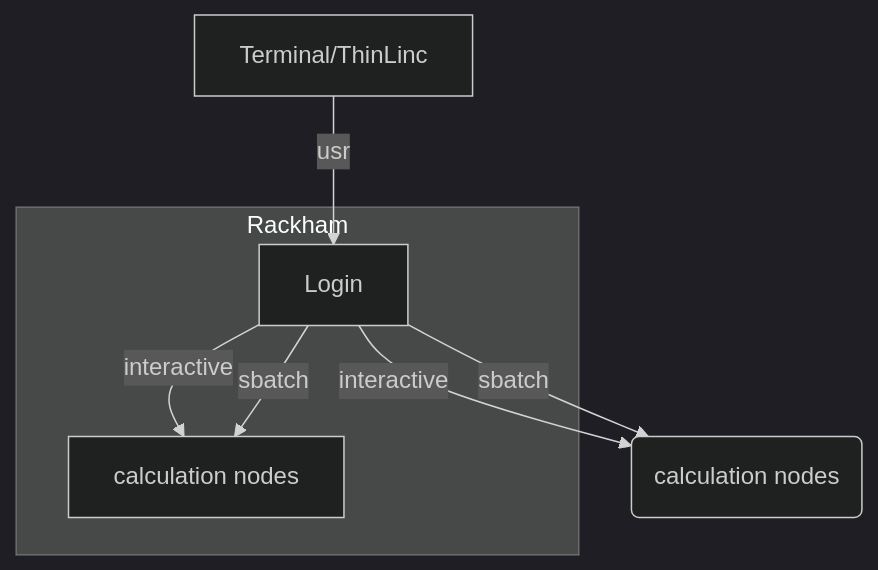
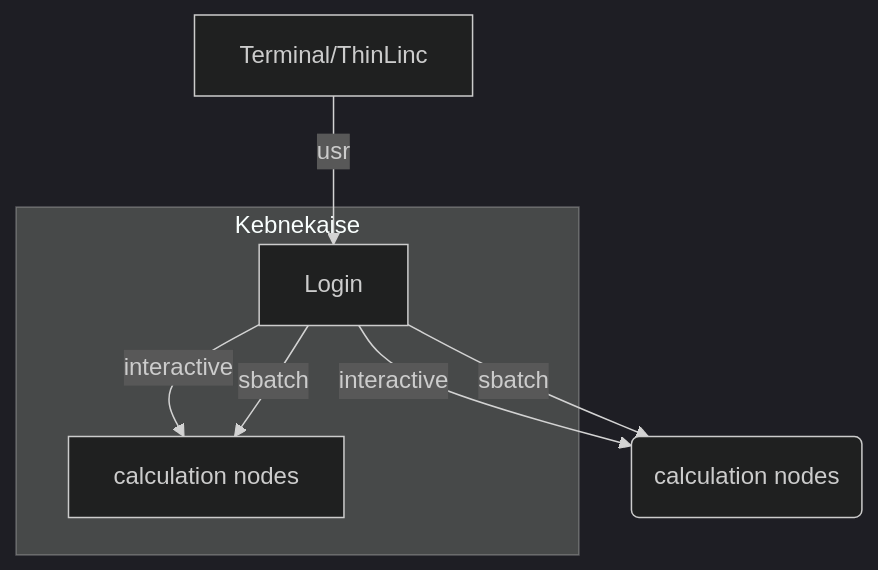
Before and after one commit to UPPMAX/R-python-julia-matlab-HPC: the diagram in docs/mermaid/kebnekaise.mmd, drawn with Mermaid (dark theme).

```diff
--- a/docs/mermaid/kebnekaise.mmd
+++ b/docs/mermaid/kebnekaise.mmd
@@ -1,13 +1,13 @@
   graph TB
 
   Node1 -- interactive --> SubGraph2Flow
   Node1 -- sbatch --> SubGraph2Flow
   SubGraph2Flow(calculation nodes) 
 
 
         Terminal/ThinLinc -- usr --> Node1
         
-        subgraph "Rackham"
+        subgraph "Kebnekaise"
         Node1[Login] -- interactive --> Node2[calculation nodes]
         Node1 -- sbatch --> Node2
         end
```
